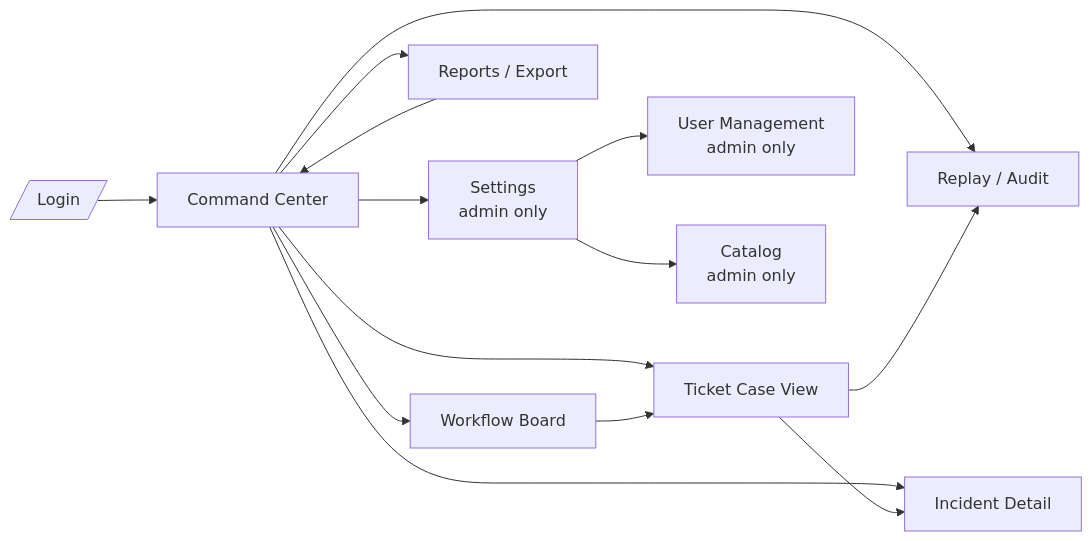
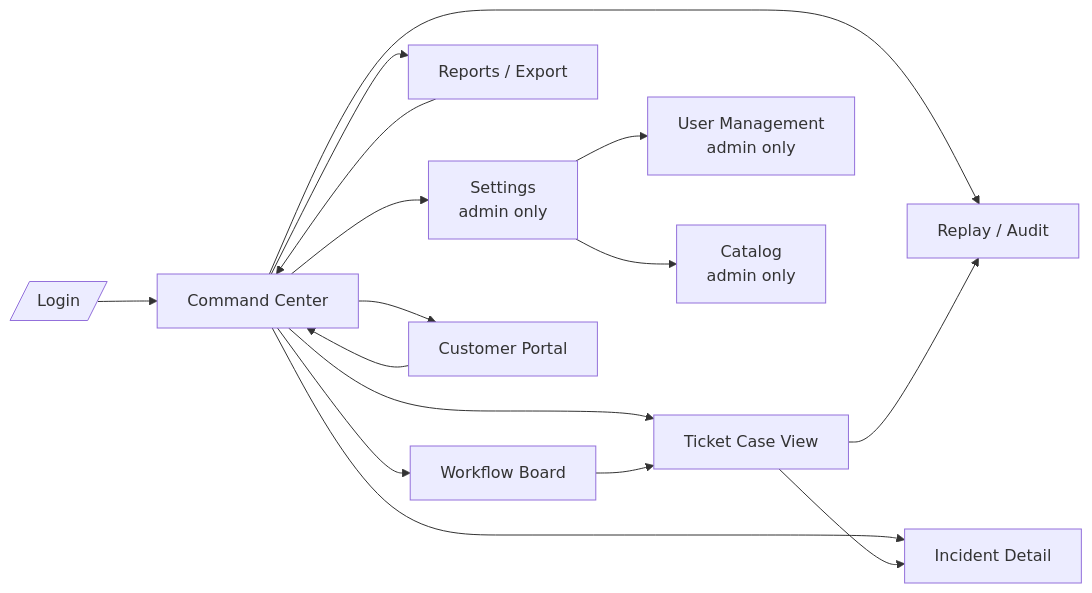
One commit to AngelP17/Aether-Ticketing changed the diagram in docs/product/screen-map.md. Above: the diagram before and after it, drawn with Mermaid. The commit also changed 8 other files, not shown here.

First line of the commit message:
docs: update README screenshots with newest UI (Phase 8 portal/KB, graph intelligence viz, decision panels, mobile polish per design-taste-frontend); minor portal + admin + screen-map follow-up polish

````diff
--- a/docs/product/screen-map.md
+++ b/docs/product/screen-map.md
@@ -77,16 +77,18 @@
 ```mermaid
 flowchart LR
     Login[/Login/] --> CC[Command Center]
     CC --> Board[Workflow Board]
     CC --> Detail[Ticket Case View]
     CC --> Inc[Incident Detail]
     CC --> Replay[Replay / Audit]
     CC --> Reports[Reports / Export]
     CC --> Settings[Settings\nadmin only]
+    CC --> Portal[Customer Portal]
     Board --> Detail
     Detail --> Replay
     Detail --> Inc
     Reports --> CC
     Settings --> Users[User Management\nadmin only]
     Settings --> Catalog[Catalog\nadmin only]
+    Portal --> CC
 ```
````
